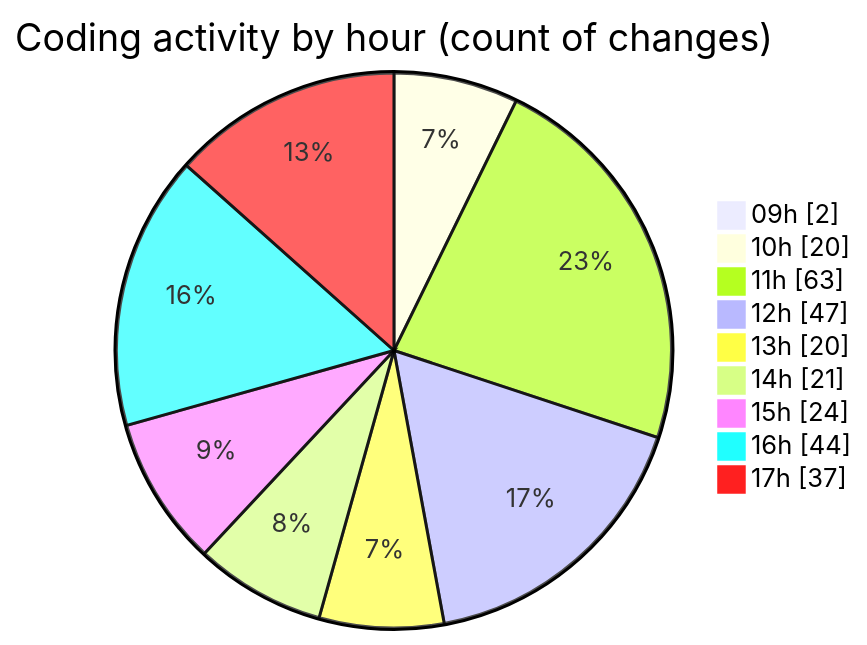
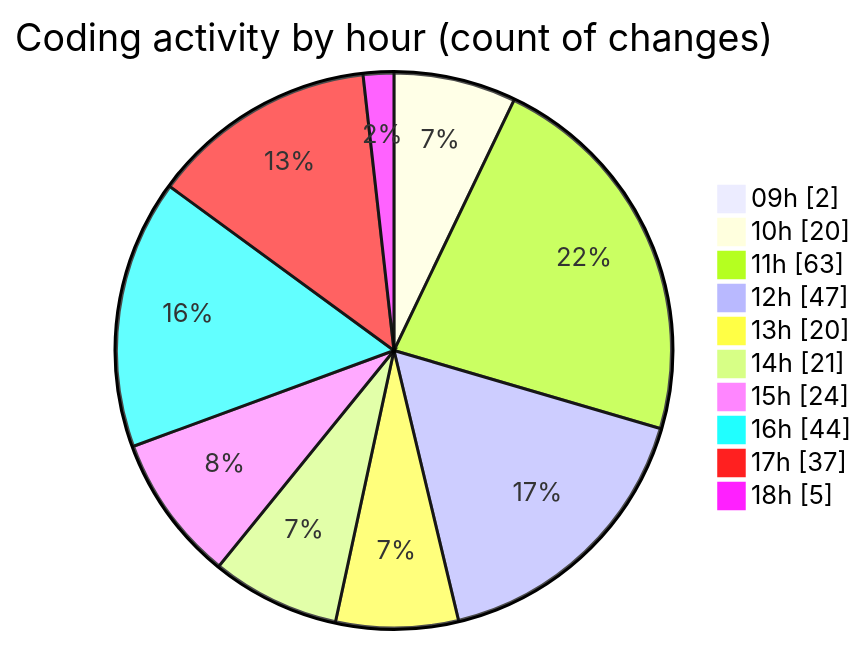
Before and after one commit to momahboobian/code-tracking: the second of 2 diagrams in 2025-04-08/cda/README.md, drawn with Mermaid. The commit also changed other lines of this file and 1 other file, not shown here.

````diff
--- a/2025-04-08/cda/README.md
+++ b/2025-04-08/cda/README.md
@@ -46,13 +46,14 @@
 ```mermaid
 pie showData
 title Coding activity by hour (count of changes)
 "09h" : 2
 "10h" : 20
 "11h" : 63
 "12h" : 47
 "13h" : 20
 "14h" : 21
 "15h" : 24
 "16h" : 44
 "17h" : 37
+"18h" : 5
 ```
````
